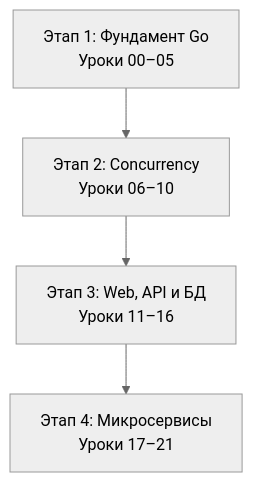
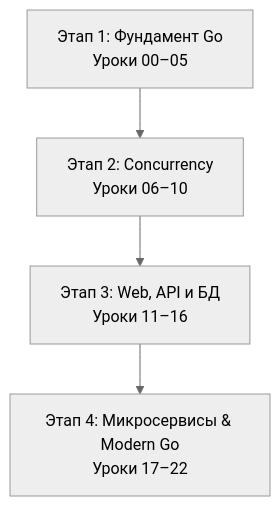
The first of 2 diagrams in go-documentation/course-codebase-guide.md (Alex808r/go-production-engineering), drawn with Mermaid (neutral theme) before and after one commit. The commit also changed other lines of this file and 6 other files, not shown here.

````diff
--- a/go-documentation/course-codebase-guide.md
+++ b/go-documentation/course-codebase-guide.md
@@ -16,9 +16,9 @@
 ```mermaid
 flowchart TD
     E1["Этап 1: Фундамент Go<br/>Уроки 00–05"]
     E2["Этап 2: Concurrency<br/>Уроки 06–10"]
     E3["Этап 3: Web, API и БД<br/>Уроки 11–16"]
-    E4["Этап 4: Микросервисы<br/>Уроки 17–21"]
+    E4["Этап 4: Микросервисы & Modern Go<br/>Уроки 17–22"]
 
     E1 --> E2 --> E3 --> E4
 ```
````
